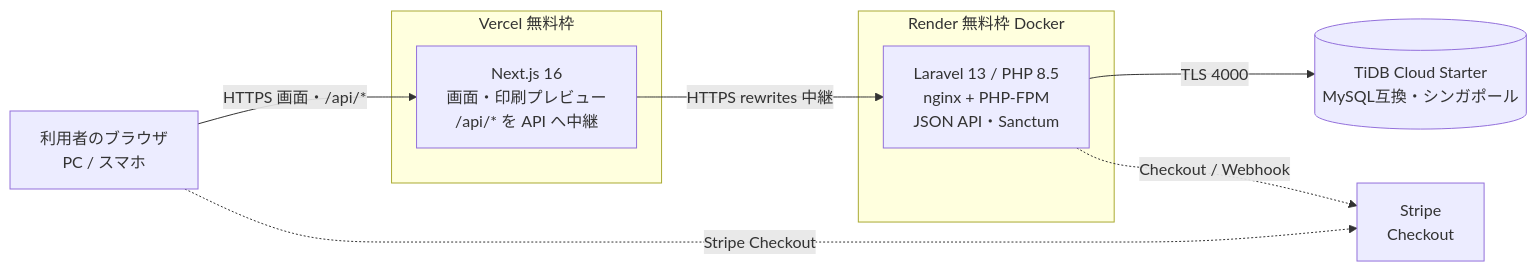
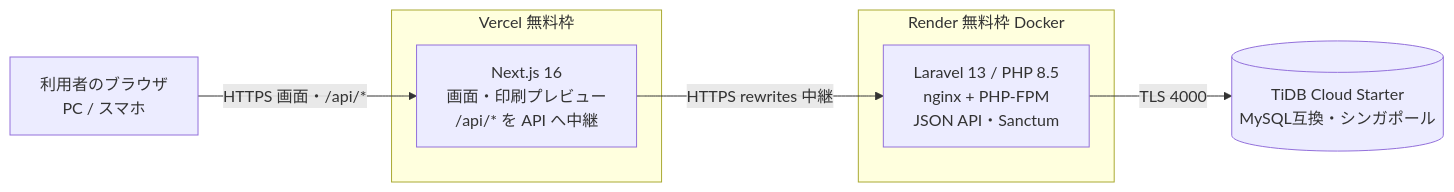
The first of 3 diagrams in docs/設計書.md (fm5889rx/repace-app), drawn with Mermaid before and after one commit. The commit also changed other lines of this file and 11 other files, not shown here.

````diff
--- a/docs/設計書.md
+++ b/docs/設計書.md
@@ -12,18 +12,15 @@
 ```mermaid
 flowchart LR
     U[利用者のブラウザ<br/>PC / スマホ]
     subgraph Vercel[Vercel 無料枠]
         N[Next.js 16<br/>画面・印刷プレビュー<br/>/api/* を API へ中継]
     end
     subgraph Render[Render 無料枠 Docker]
         L[Laravel 13 / PHP 8.5<br/>nginx + PHP-FPM<br/>JSON API・Sanctum]
     end
     D[(TiDB Cloud Starter<br/>MySQL互換・シンガポール)]
-    S[Stripe<br/>Checkout]
 
     U -->|HTTPS 画面・/api/*| N
     N -->|HTTPS rewrites 中継| L
     L -->|TLS 4000| D
-    L -.->|Checkout / Webhook| S
-    U -.->|Stripe Checkout| S
 ```
````
